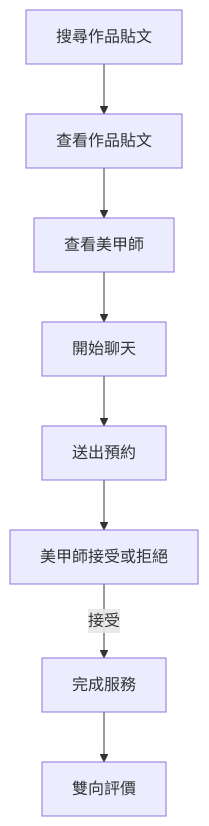
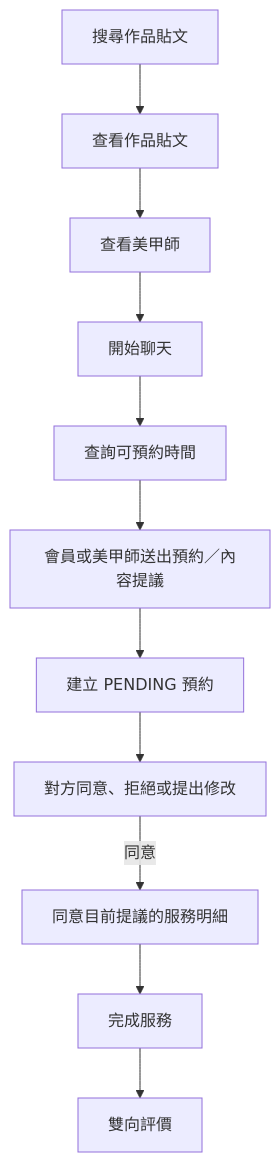
The second of 4 diagrams in docs/05_UserFlow/Core-Flows.md (azsxdc5595/nail-saas-backend), drawn with Mermaid before and after one commit. The commit also changed other lines of this file and 29 other files, not shown here.

````diff
--- a/docs/05_UserFlow/Core-Flows.md
+++ b/docs/05_UserFlow/Core-Flows.md
@@ -79,19 +79,25 @@
 ```mermaid
 flowchart TD
     A[搜尋作品貼文]
     B[查看作品貼文]
     C[查看美甲師]
     D[開始聊天]
-    E[送出預約]
-    F[美甲師接受或拒絕]
-    G[完成服務]
-    H[雙向評價]
+    E[查詢可預約時間]
+    E2[會員或美甲師送出預約／內容提議]
+    F[建立 PENDING 預約]
+    G[對方同意、拒絕或提出修改]
+    H[同意目前提議的服務明細]
+    I[完成服務]
+    J[雙向評價]
 
     A --> B
     B --> C
     C --> D
     D --> E
-    E --> F
-    F -->|接受| G
-    G --> H
+    E --> E2
+    E2 --> F
+    F --> G
+    G -->|同意| H
+    H --> I
+    I --> J
 ```
````
